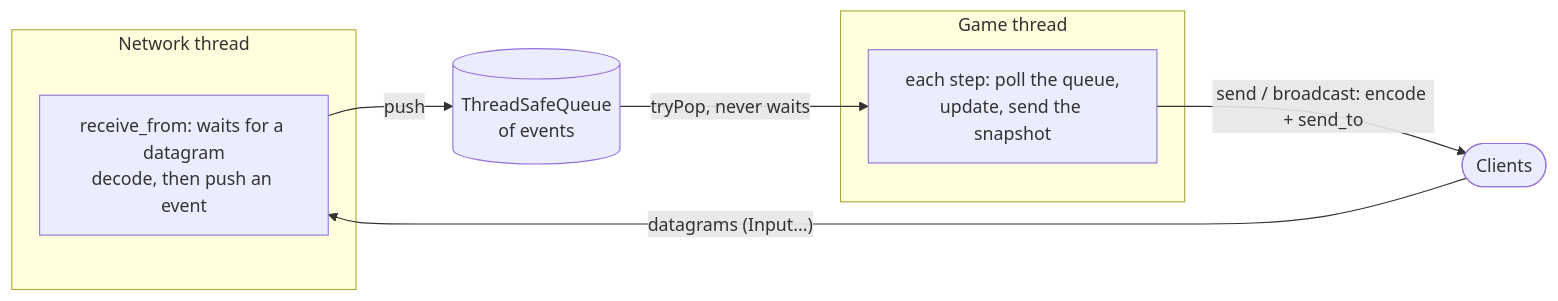
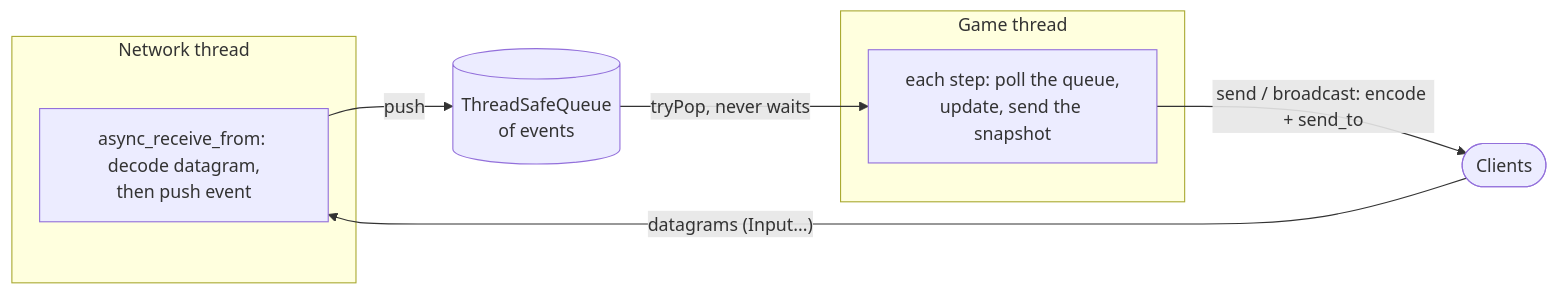
Before and after one commit to Nivek-Hyn/epitech-rtype: the fifth of 6 diagrams in docs/architecture.md, drawn with Mermaid. The commit also changed other lines of this file, not shown here.

````diff
--- a/docs/architecture.md
+++ b/docs/architecture.md
@@ -164,15 +171,15 @@
 ```mermaid
 flowchart LR
     subgraph NetworkThread["Network thread"]
-        Receive["receive_from: waits for a datagram<br/>decode, then push an event"]
+        Receive["async_receive_from: decode datagram,<br/>then push event"]
     end
     Queue[("ThreadSafeQueue<br/>of events")]
     subgraph GameThread["Game thread"]
         Simulation["each step: poll the queue,<br/>update, send the snapshot"]
     end
     Clients(["Clients"])
     Clients -- "datagrams (Input...)" --> Receive
     Receive -- "push" --> Queue
     Queue -- "tryPop, never waits" --> Simulation
     Simulation -- "send / broadcast: encode + send_to" --> Clients
 ```
````
